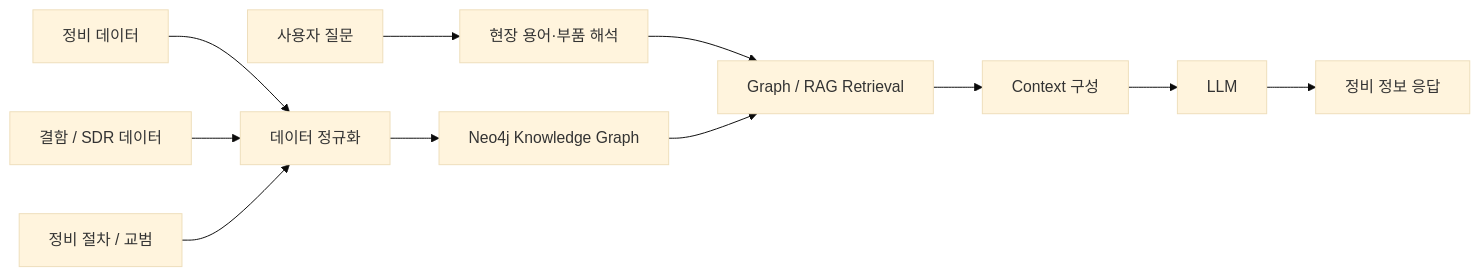
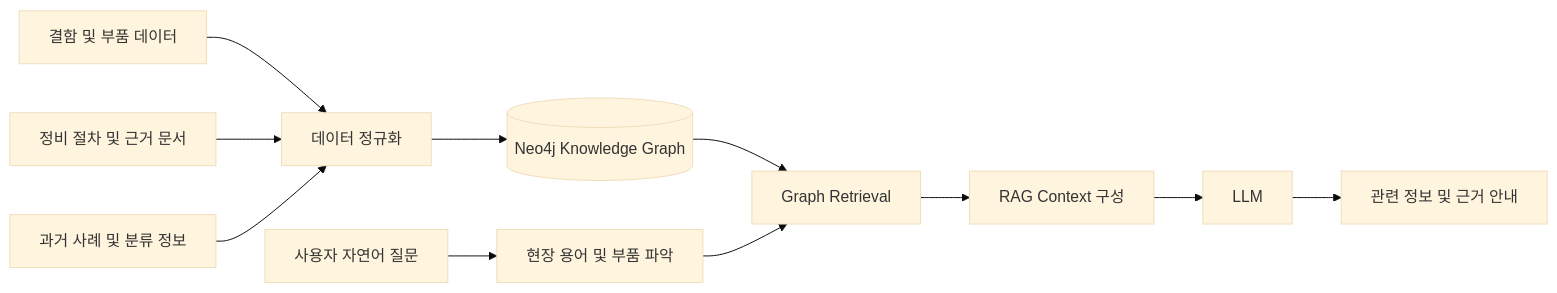
One commit to rlaqhfla0917-bit/AERON changed the diagram in README.md. Above: the diagram before and after it, drawn with Mermaid (base theme). The commit also changed other lines of this file and 3 other files, not shown here.

Commit message:
Focus AERON portfolio and README on Neo4j RAG; remove Physical AI presentation

````diff
--- a/README.md
+++ b/README.md
@@ -50,16 +28,13 @@
 ```mermaid
 flowchart LR
-    A[정비 데이터] --> D[데이터 정규화]
-    B[결함 / SDR 데이터] --> D
-    C[정비 절차 / 교범] --> D
-
-    D --> E[Neo4j Knowledge Graph]
-
-    F[사용자 질문] --> G[현장 용어·부품 해석]
-    G --> H[Graph / RAG Retrieval]
-
-    E --> H
-    H --> I[Context 구성]
+    A[결함 및 부품 데이터] --> D[데이터 정규화]
+    B[정비 절차 및 근거 문서] --> D
+    C[과거 사례 및 분류 정보] --> D
+    D --> E[(Neo4j Knowledge Graph)]
+    F[사용자 자연어 질문] --> G[현장 용어 및 부품 파악]
+    E --> H[Graph Retrieval]
+    G --> H
+    H --> I[RAG Context 구성]
     I --> J[LLM]
-    J --> K[정비 정보 응답]
+    J --> K[관련 정보 및 근거 안내]
 ```
````
